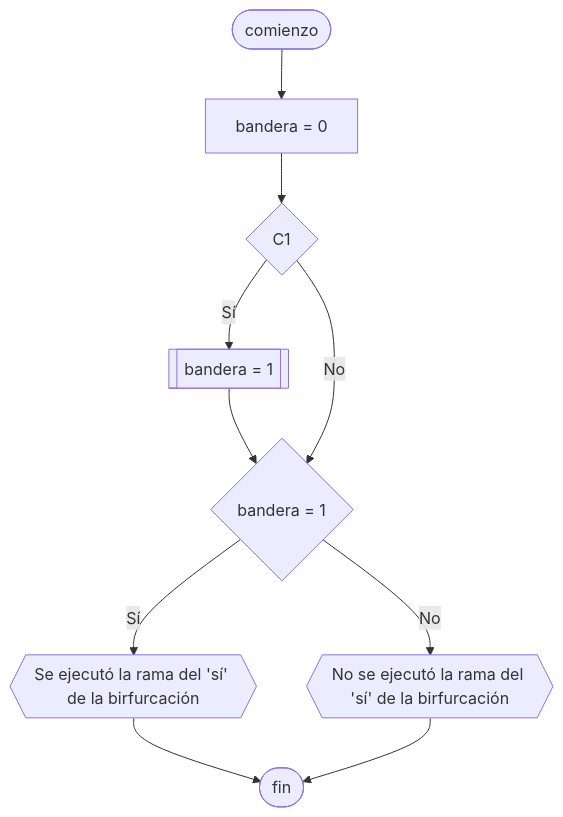
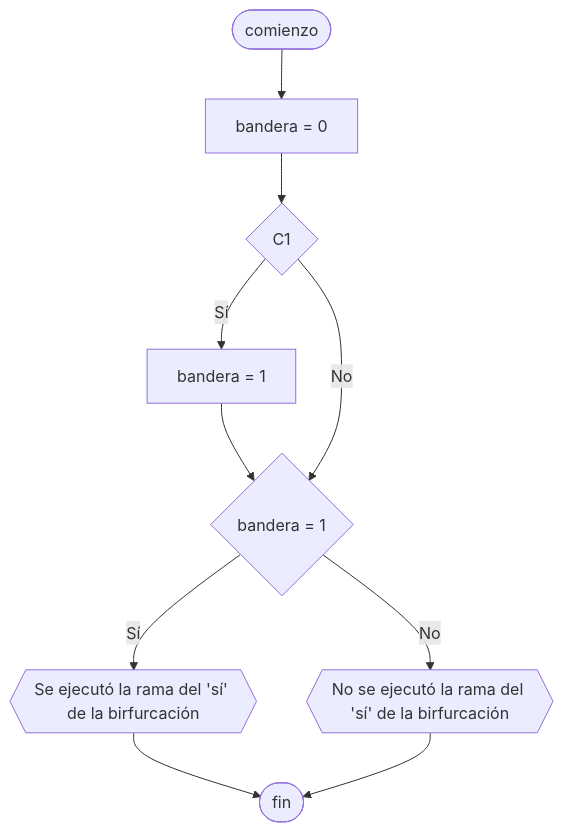
One commit to martinstanicio/ingenieria-en-sistemas changed the diagram in Algoritmos y Estructuras de Datos/Bandera.md. Above: the diagram before and after it, drawn with Mermaid. The commit also changed other lines of this file and 6 other files, not shown here.

````diff
--- a/Algoritmos y Estructuras de Datos/Bandera.md
+++ b/Algoritmos y Estructuras de Datos/Bandera.md
@@ -15,22 +15,22 @@
 ```mermaid
 flowchart TB
 	comienzo([comienzo])
     
 	variables["bandera = 0"]
     
     C1{C1}
     
-	bandera[["bandera = 1"]]
+	bandera["bandera = 1"]
 
     C2{"bandera = 1"}
     C2si{{"Se ejecutó la rama del 'sí' de la birfurcación"}}
     C2no{{"No se ejecutó la rama del 'sí' de la birfurcación"}}
 
 	fin([fin])
     
 	comienzo --> variables --> C1
 	C1 -- Sí --> bandera --> C2
 	C1 -- No --> C2
 	C2 -- Sí --> C2si --> fin
 	C2 -- No --> C2no --> fin
 ```
````
